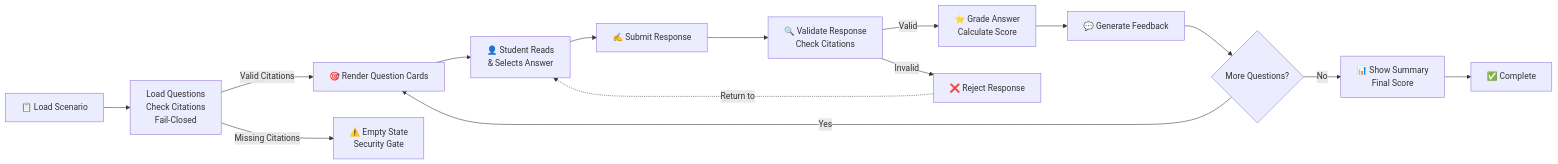
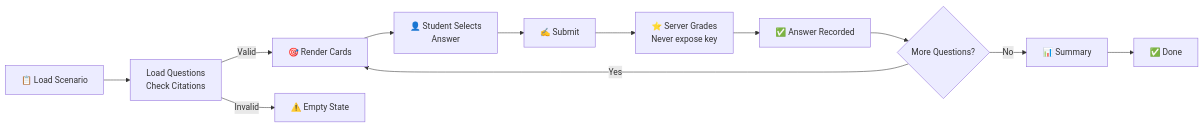
The diagram in dashboard/student/scenario/WORKFLOW.md (73junito/car-diagnosis-simulator), drawn with Mermaid before and after one commit. The commit also changed other lines of this file and 1 other file, not shown here.

Commit message:
fix(assessment): implement server-side grading, remove answer key exposure
- Remove answer key reading from DOM (data-correct-answer)
- Remove browser-side grading calculation
- Remove correct_answer and is_correct from API payload
- Remove correctAnswer and isCorrect from browser state storage
- Update feedback to show only 'Submitted.' in all modes
- Set placeholder score to 0 (server will calculate actual score)
- Update WORKFLOW.md: Simplify Mermaid diagram for server-side grading
- Update WORKFLOW.md Phase 4: Document server-side grading security

Security Guarantees:
✅ Correct answer never exposed to browser
✅ Grading never performed client-side
✅ Answer keys never in DOM or API payloads
✅ Server is authoritative for grading results

Test Results:
- Jest: 471/474 passing (3 pre-existing failures unrelated to this change)
- Mermaid: 11/11 diagrams render correctly
- No new test failures introduced

````diff
--- a/dashboard/student/scenario/WORKFLOW.md
+++ b/dashboard/student/scenario/WORKFLOW.md
@@ -11,17 +11,14 @@
 ```mermaid
 graph LR
-    Start["📋 Load Scenario"] --> Load["Load Questions<br/>Check Citations<br/>Fail-Closed"]
-    Load -->|Valid Citations| Render["🎯 Render Question Cards"]
-    Load -->|Missing Citations| Empty["⚠️ Empty State<br/>Security Gate"]
-    Render --> Student["👤 Student Reads<br/>& Selects Answer"]
-    Student --> Submit["✍️ Submit Response"]
-    Submit --> Validate["🔍 Validate Response<br/>Check Citations"]
-    Validate -->|Valid| Grade["⭐ Grade Answer<br/>Calculate Score"]
-    Validate -->|Invalid| Reject["❌ Reject Response"]
-    Grade --> Feedback["💬 Generate Feedback"]
-    Feedback --> Next{More Questions?}
+    Start["📋 Load Scenario"] --> Load["Load Questions<br/>Check Citations"]
+    Load -->|Valid| Render["🎯 Render Cards"]
+    Load -->|Invalid| Empty["⚠️ Empty State"]
+    Render --> Student["👤 Student Selects<br/>Answer"]
+    Student --> Submit["✍️ Submit"]
+    Submit --> Grade["⭐ Server Grades<br/>Never expose key"]
+    Grade --> Complete["✅ Answer Recorded"]
+    Complete --> Next{More Questions?}
     Next -->|Yes| Render
-    Next -->|No| Summary["📊 Show Summary<br/>Final Score"]
-    Summary --> End["✅ Complete"]
-    Reject -.->|Return to| Student
+    Next -->|No| Summary["📊 Summary"]
+    Summary --> End["✅ Done"]
 ```
````
